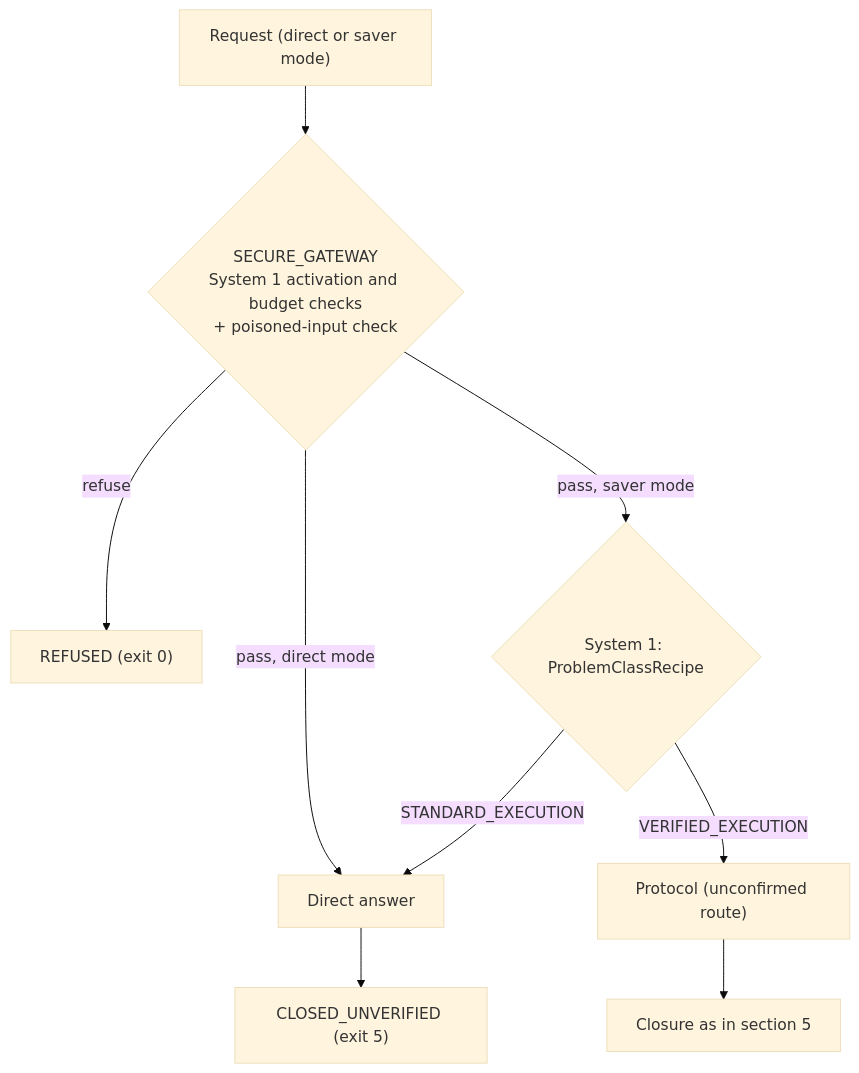
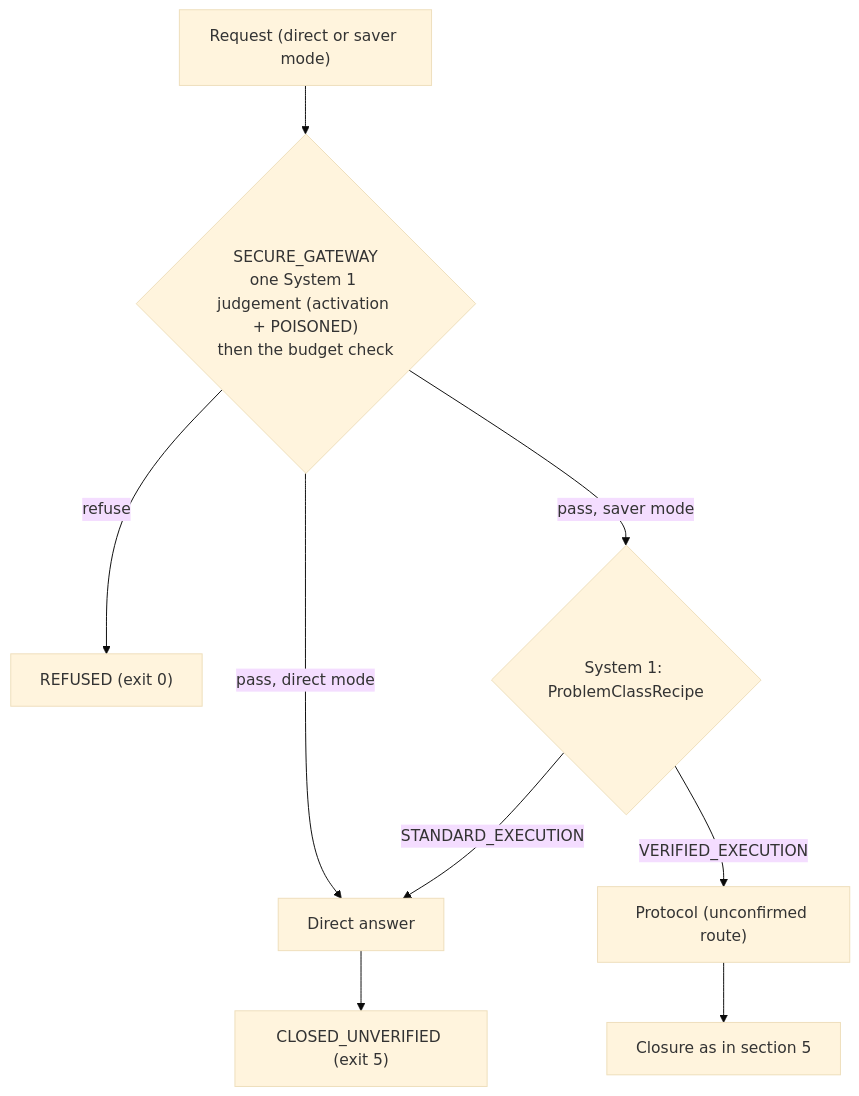
The fourth of 4 diagrams in docs/routing.md (paragon-ux/PDLt-Test), drawn with Mermaid (base theme) before and after one commit. The commit also changed other lines of this file and 12 other files, not shown here.

First line of the commit message:
feat(gateway): L156 one System 1 guard judgement in every mode; Control sends the harness default effort; a direct runner route

````diff
--- a/docs/routing.md
+++ b/docs/routing.md
@@ -190,11 +190,11 @@
 ```mermaid
 flowchart TD
-    U["Request (direct or saver mode)"] --> G{"SECURE_GATEWAY<br/>System 1 activation and budget checks<br/>+ poisoned-input check"}
+    U["Request (direct or saver mode)"] --> G{"SECURE_GATEWAY<br/>one System 1 judgement (activation + POISONED)<br/>then the budget check"}
     G -->|refuse| R["REFUSED (exit 0)"]
     G -->|"pass, direct mode"| D["Direct answer"]
     G -->|"pass, saver mode"| K{"System 1: ProblemClassRecipe"}
     K -->|VERIFIED_EXECUTION| P["Protocol (unconfirmed route)"]
     K -->|STANDARD_EXECUTION| D
     P --> C0["Closure as in section 5"]
     D --> C5["CLOSED_UNVERIFIED (exit 5)"]
 ```
````
